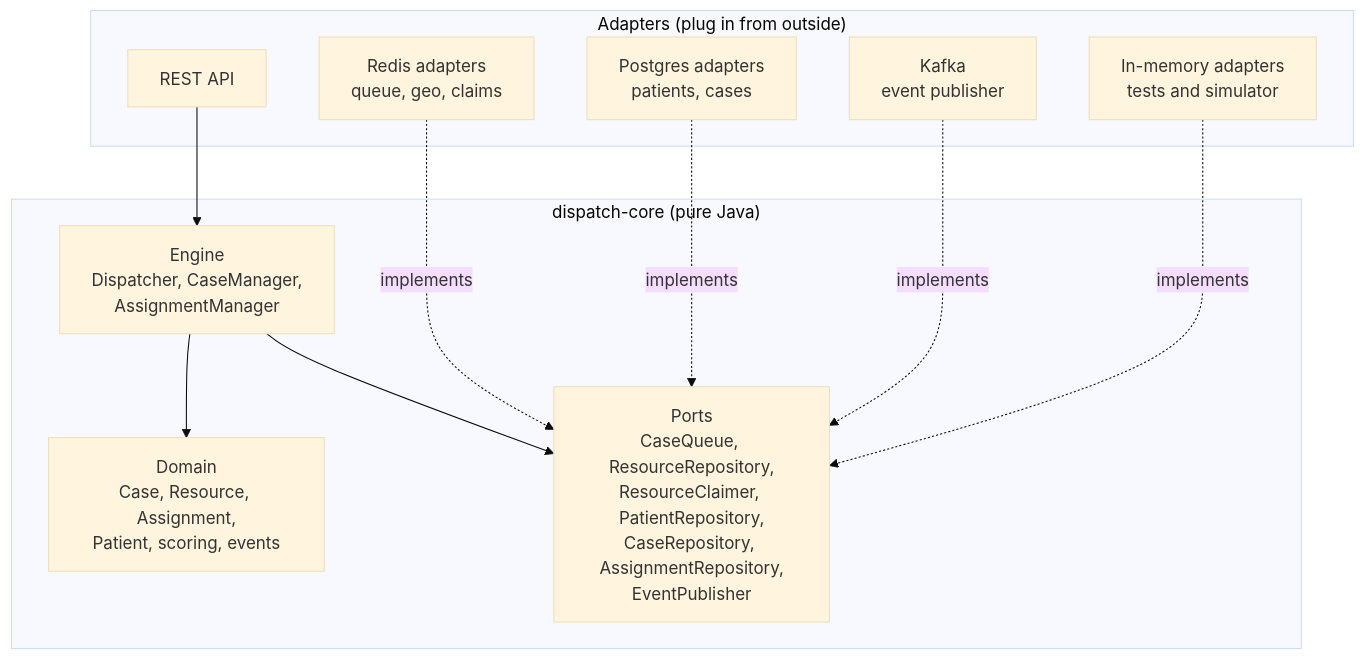
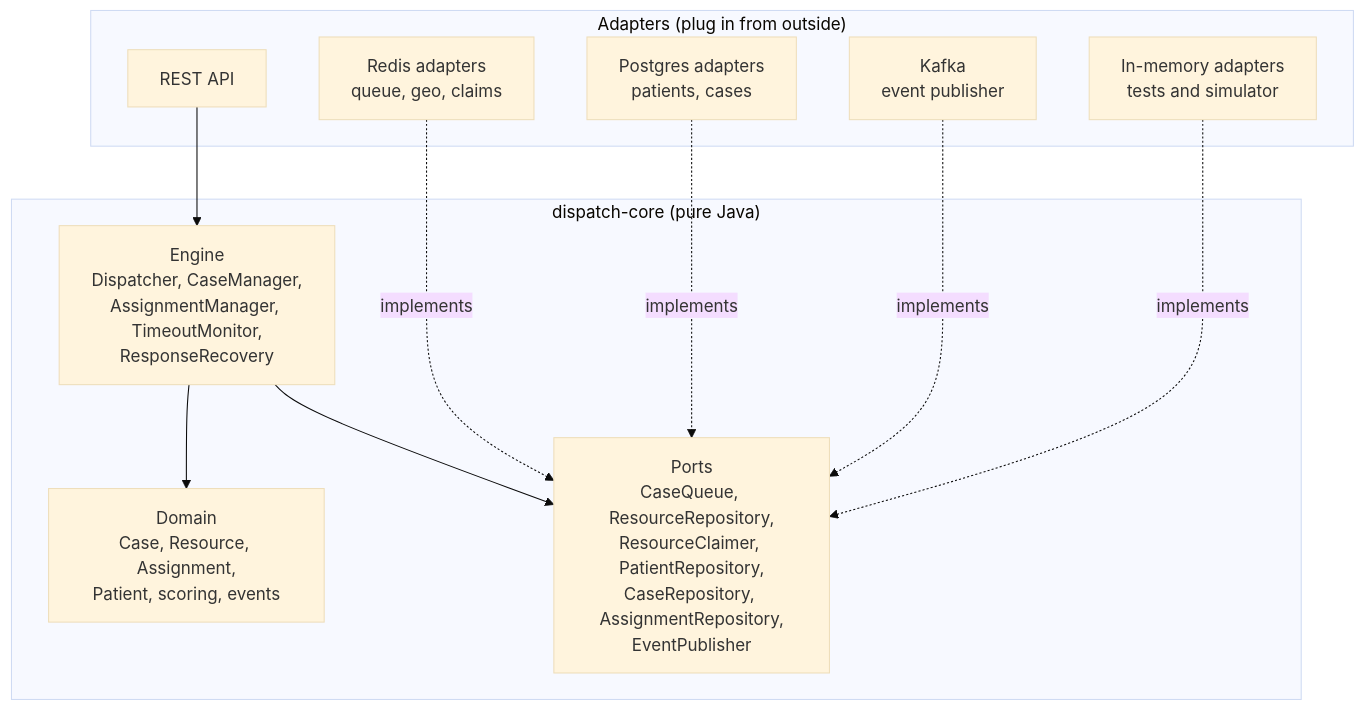
The third of 3 diagrams in README.md (anujpi/medidispatch), drawn with Mermaid (base theme) before and after one commit. The commit also changed other lines of this file and 9 other files, not shown here.

````diff
--- a/README.md
+++ b/README.md
@@ -105,22 +105,22 @@
 ```mermaid
 flowchart TB
     subgraph Outside["Adapters (plug in from outside)"]
         REST[REST API]
         REDIS[Redis adapters<br/>queue, geo, claims]
         PG[Postgres adapters<br/>patients, cases]
         KAFKA[Kafka<br/>event publisher]
         MEM[In-memory adapters<br/>tests and simulator]
     end
     subgraph Core["dispatch-core (pure Java)"]
-        ENG[Engine<br/>Dispatcher, CaseManager,<br/>AssignmentManager]
+        ENG[Engine<br/>Dispatcher, CaseManager,<br/>AssignmentManager, TimeoutMonitor,<br/>ResponseRecovery]
         DOM[Domain<br/>Case, Resource, Assignment,<br/>Patient, scoring, events]
         PORTS[Ports<br/>CaseQueue, ResourceRepository,<br/>ResourceClaimer, PatientRepository,<br/>CaseRepository, AssignmentRepository,<br/>EventPublisher]
     end
     REST --> ENG
     ENG --> DOM
     ENG --> PORTS
     REDIS -. implements .-> PORTS
     PG -. implements .-> PORTS
     KAFKA -. implements .-> PORTS
     MEM -. implements .-> PORTS
 ```
````
